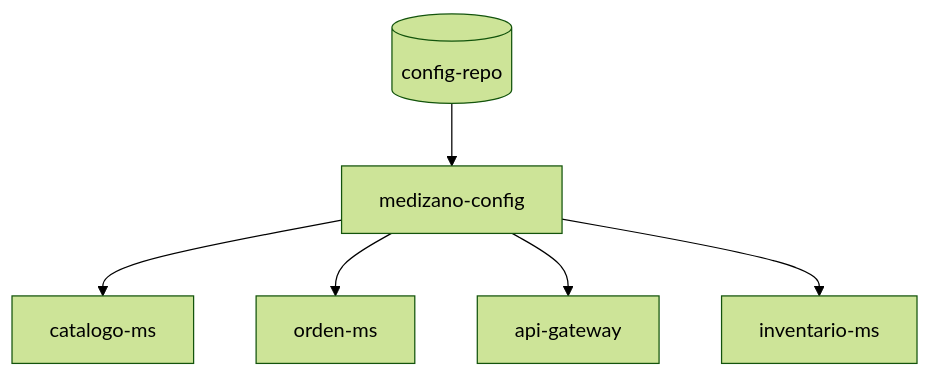
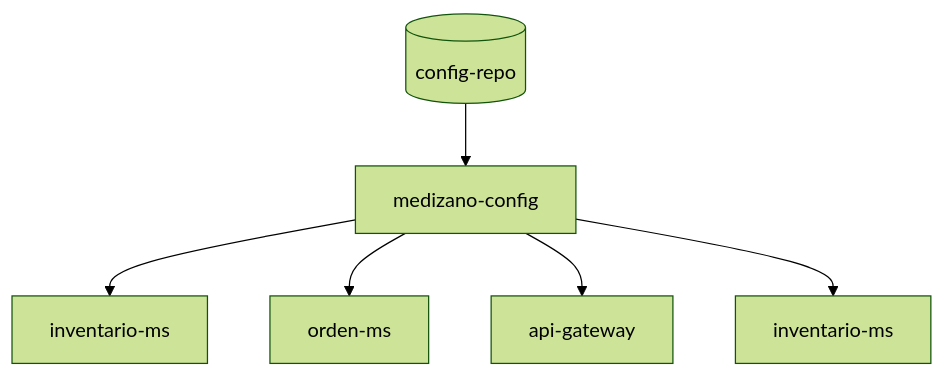
One commit to rbn-69-cod/MediZano_microservicios changed the third of 6 diagrams in docs/proyecto-sello/u1-producto.md. Above: the diagram before and after it, drawn with Mermaid (forest theme). The commit also changed other lines of this file and 68 other files, not shown here.

````diff
--- a/docs/proyecto-sello/u1-producto.md
+++ b/docs/proyecto-sello/u1-producto.md
@@ -84,8 +84,8 @@
 ```mermaid
 flowchart TB
     R[(config-repo)] --> CS[medizano-config]
-    CS --> CAT[catalogo-ms]
+    CS --> CAT[inventario-ms]
     CS --> ORD[orden-ms]
     CS --> GW[api-gateway]
     CS --> INV[inventario-ms]
 ```
````
